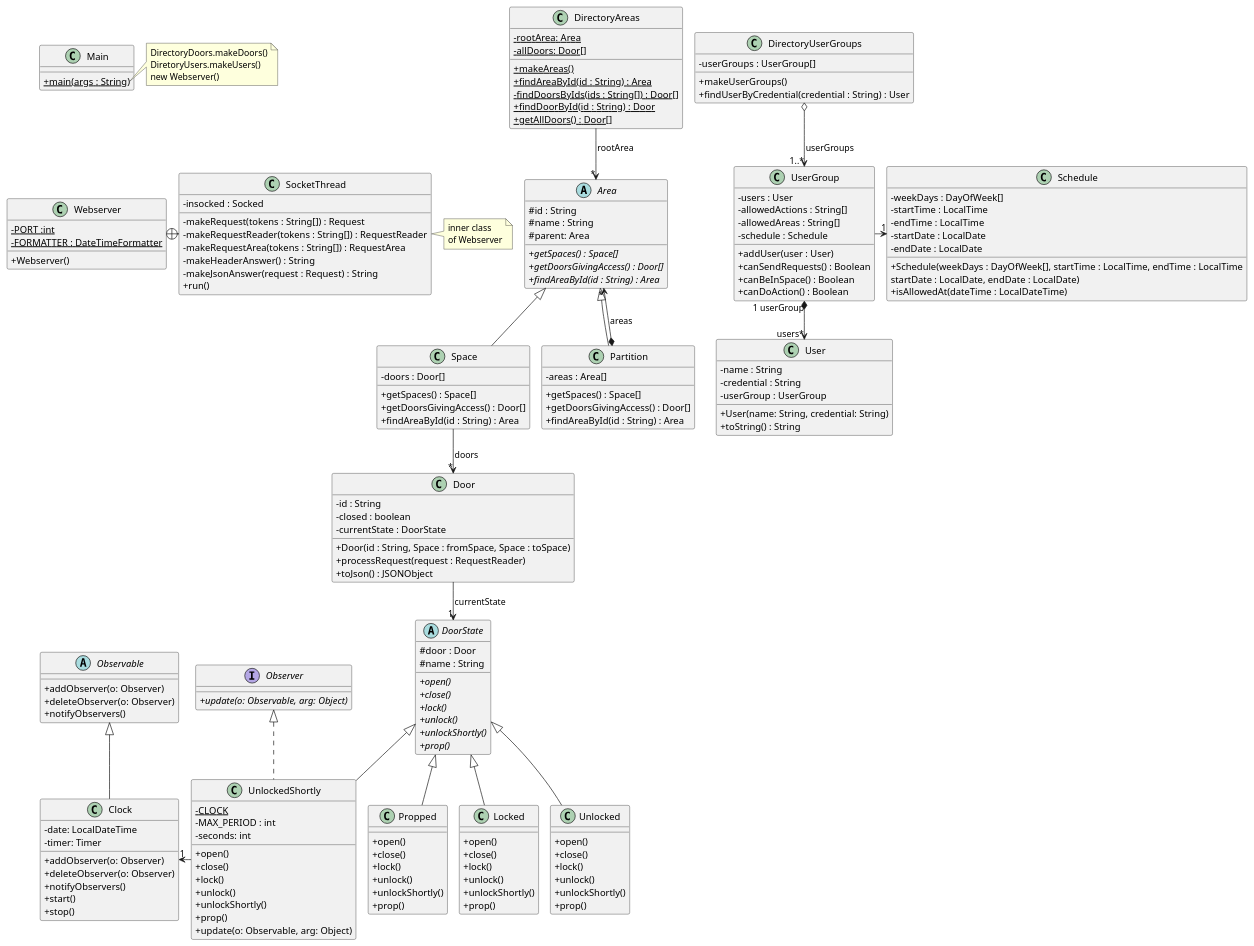
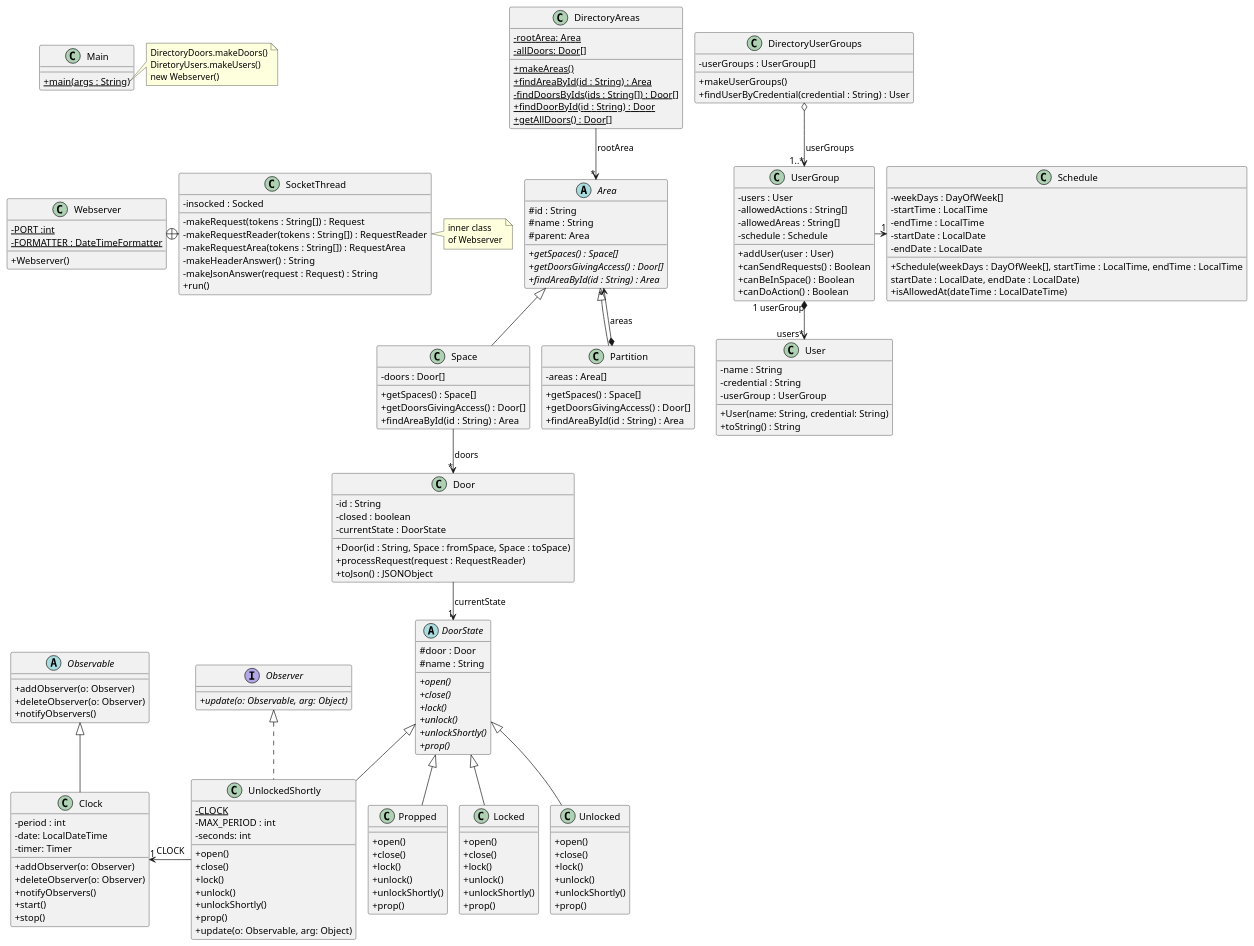
Before and after one commit to cantepoler/acs_uab: the diagram in src/baseNoStates/uml/base_no_states.puml, drawn with PlantUML.

```diff
--- a/src/baseNoStates/uml/base_no_states.puml
+++ b/src/baseNoStates/uml/base_no_states.puml
@@ -186,6 +186,7 @@
 }
 
 class Clock extends Observable {
+-period : int
 -date: LocalDateTime
 -timer: Timer
 +addObserver(o: Observer)
@@ -195,7 +196,7 @@
 +stop()
 }
 
-UnlockedShortly -left->"1" Clock
+UnlockedShortly -left->"1" Clock : CLOCK
 
 note right of Main::main
 DirectoryDoors.makeDoors()
```
